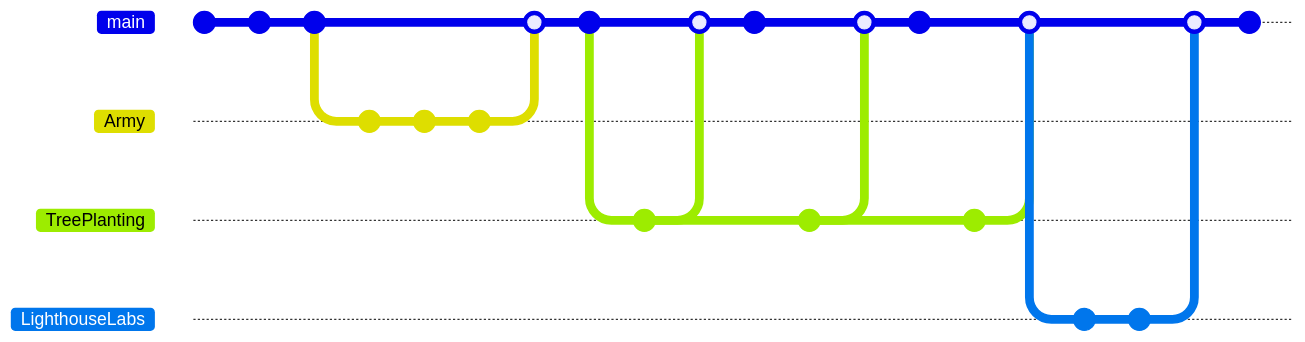
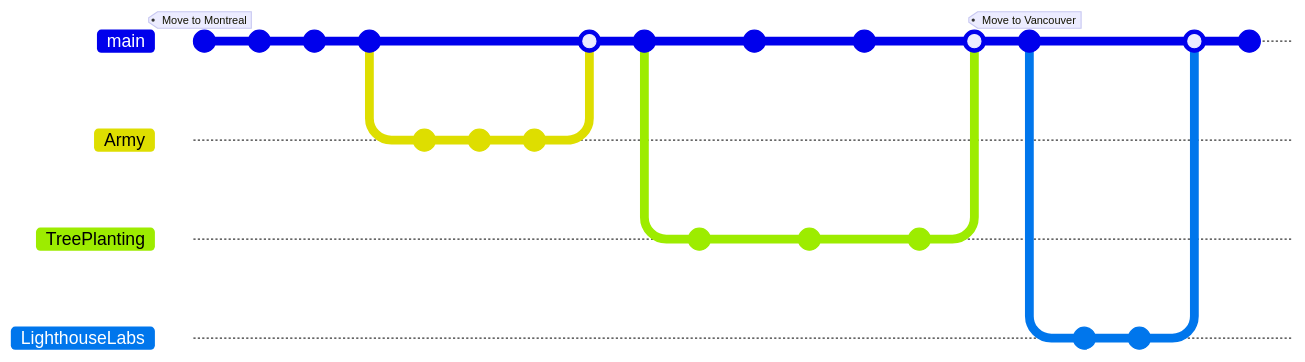
One commit to jakinyang/jakinyang changed the diagram in README.md. Above: the diagram before and after it, drawn with Mermaid. Commit ids are hidden.

Commit message:
--fix mermaid graph

````diff
--- a/README.md
+++ b/README.md
@@ -354,37 +354,37 @@
 ```mermaid
 gitGraph:
+    commit tag: "Move to Montreal"
     commit id: "2015 - start 1st Year University: Psychology"
     commit id: "2016 - start 2nd Year University: Psychology"
     commit id: "2017 - return to Korea: Military Service"
     branch Army
     checkout Army
     commit id: "2017 - complete army engineer training"
     commit id: "2019 - deploy to mine clearing operation"
     commit id: "2019 - complete military service"
     checkout main
     merge Army
     commit id: "2020 - start 3rd Year University: Psychology"
     branch TreePlanting
     checkout TreePlanting
     commit id: "1st Season Tree Planting"
     checkout main
-    merge TreePlanting
     commit id: "2021 - start 4th Year University: Psychology"
     checkout TreePlanting
     commit id: "2nd Season Tree Planting"
     checkout main
-    merge TreePlanting
     commit id: "2022 - graduate from University: Psychology"
     checkout TreePlanting
     commit id: "3rd Season Tree Planting"
     checkout main
     merge TreePlanting
+    commit tag: "Move to Vancouver"
     branch LighthouseLabs
     checkout LighthouseLabs
     commit id: "Start Lighthouse Labs"
     checkout LighthouseLabs
     commit id: "Finish Lighthouse Labs"
     checkout main
     merge LighthouseLabs
     commit id: "Present"
 ```
````
